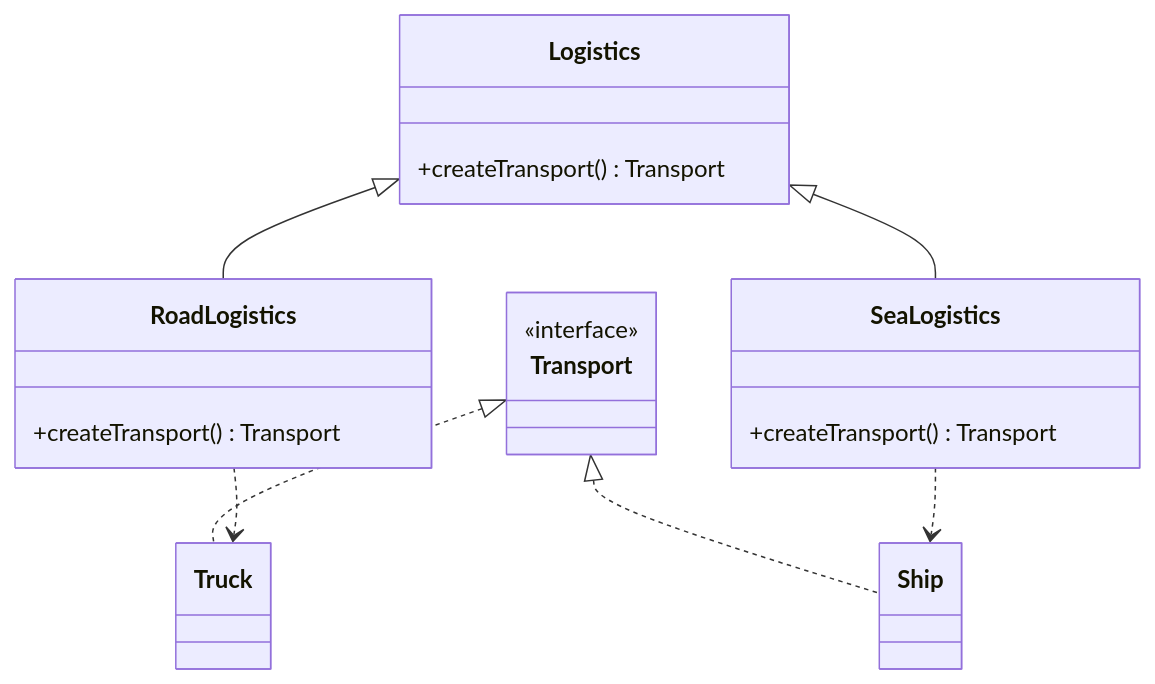
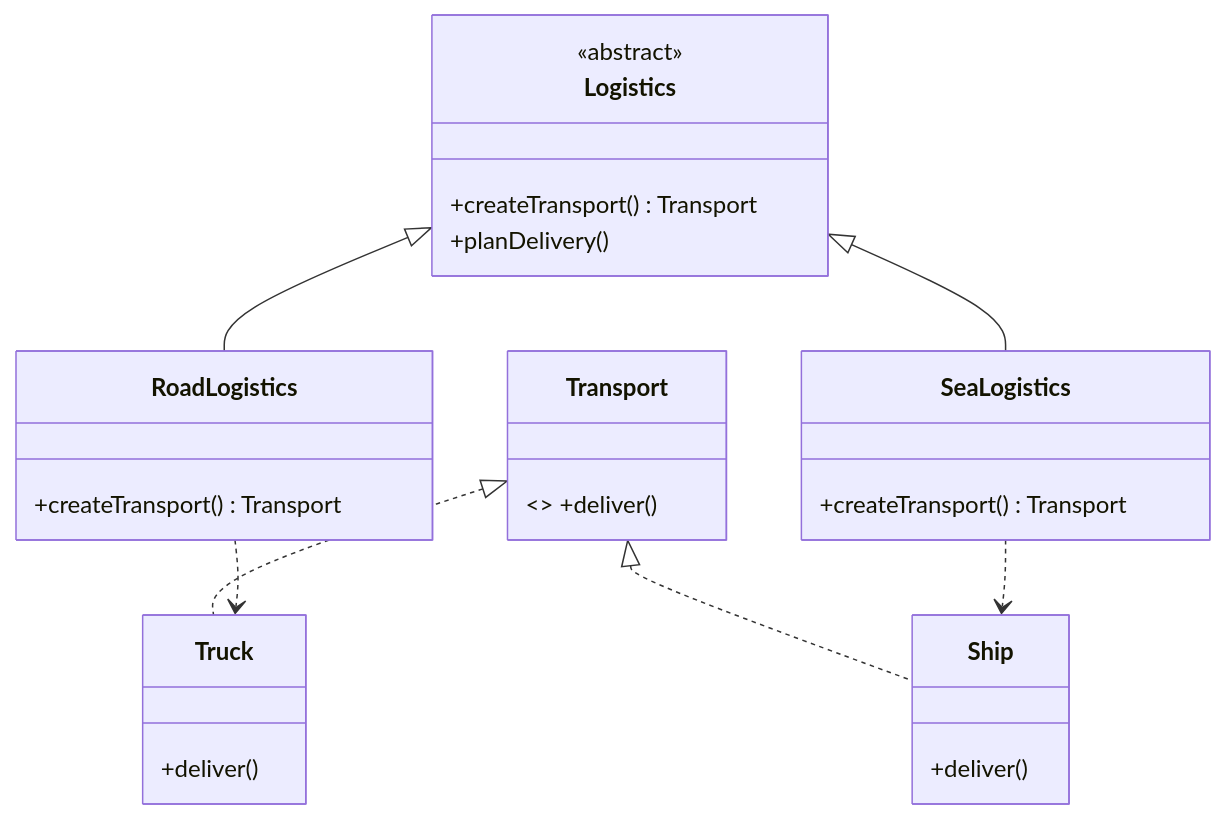
One commit to Ankitsinghsisodya/Low-level-design changed the ninth of 26 diagrams in README.md. Above: the diagram before and after it, drawn with Mermaid. The commit also changed other lines of this file, not shown here.

````diff
--- a/README.md
+++ b/README.md
@@ -230,21 +454,23 @@
 ```mermaid
 classDiagram
     class Logistics {
+        <<abstract>>
         +createTransport() Transport
+        +planDelivery()
     }
     class RoadLogistics {
         +createTransport() Transport
     }
     class SeaLogistics {
         +createTransport() Transport
     }
-    class Transport { <<interface>> }
-    class Truck
-    class Ship
+    class Transport { <<interface>> +deliver() }
+    class Truck { +deliver() }
+    class Ship  { +deliver() }
     Logistics <|-- RoadLogistics
     Logistics <|-- SeaLogistics
     Transport <|.. Truck
     Transport <|.. Ship
     RoadLogistics ..> Truck
     SeaLogistics ..> Ship
 ```
````
